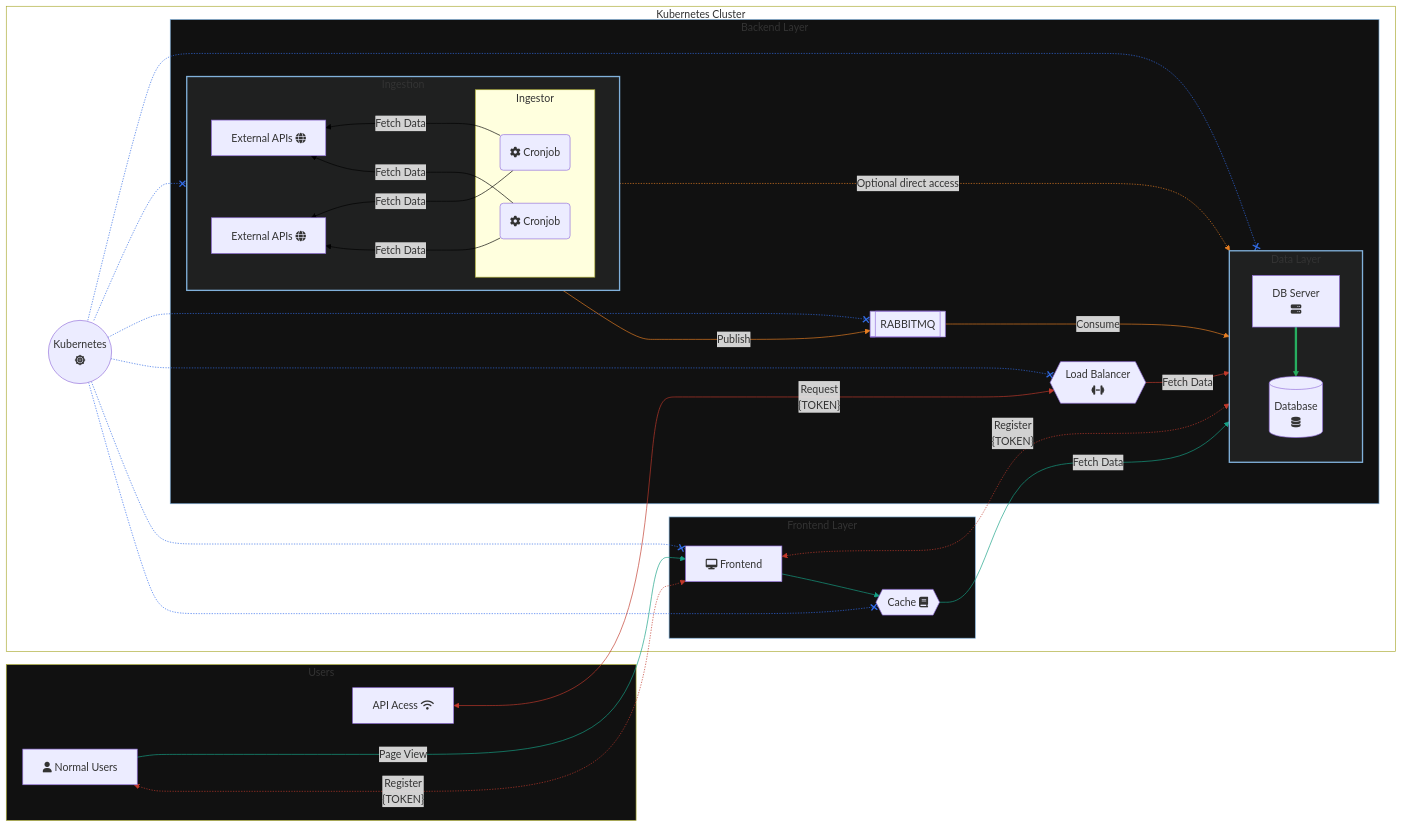
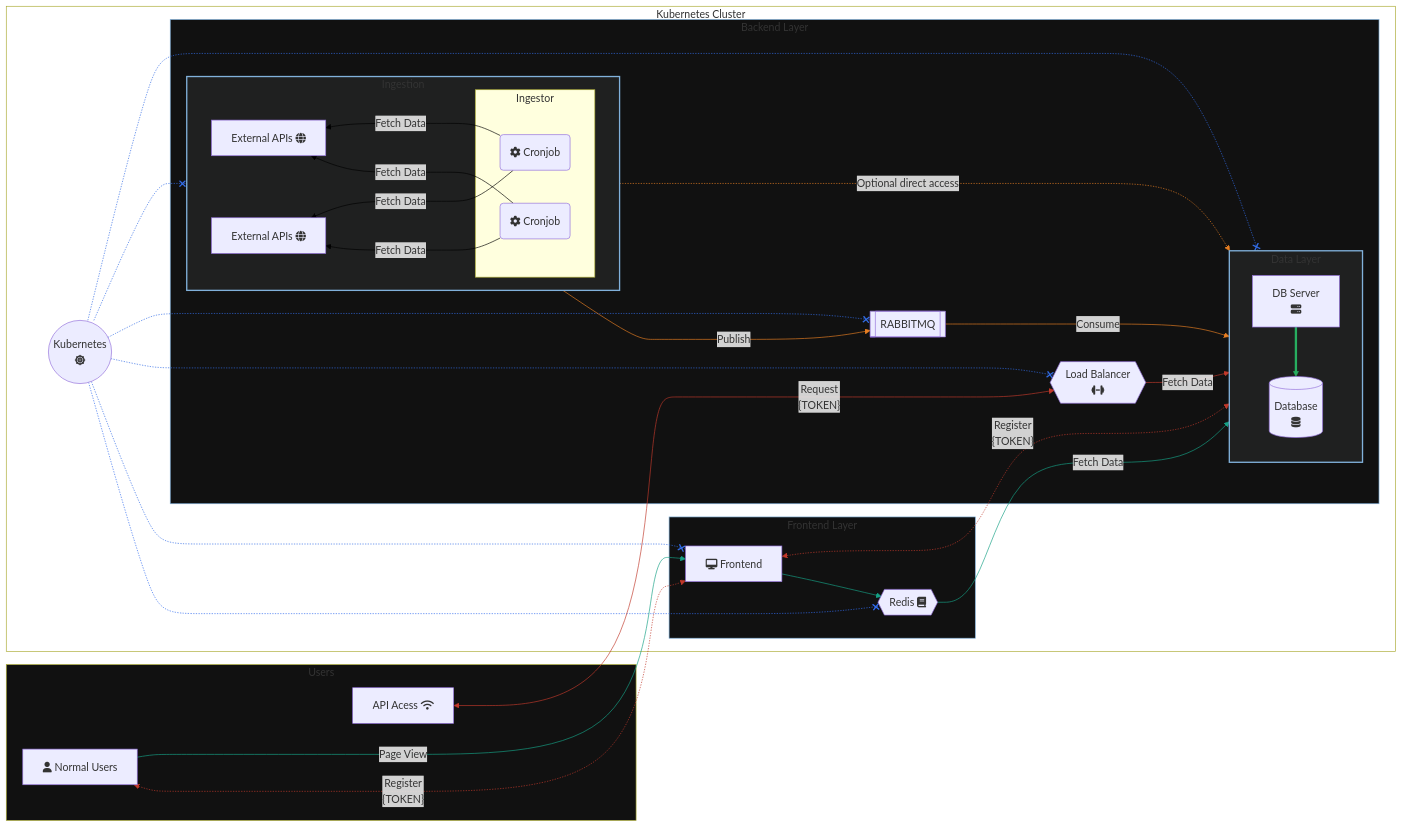
One commit to Hyperclaw79/StocksALot changed the diagram in README.md. Above: the diagram before and after it, drawn with Mermaid. The commit also changed other lines of this file and 59 other files, not shown here.

```diff
--- a/README.md
+++ b/README.md
@@ -127,7 +144,7 @@
         subgraph FE[Frontend Layer]
             style FE fill:#111,stroke:#81B1DB
             F <-.-> |"Register\n{TOKEN}"| data
-            F[fa:fa-desktop Frontend] --> Cache{{Cache fa:fa-book}} --> |Fetch Data| data
+            F[fa:fa-desktop Frontend] --> Cache{{Redis fa:fa-book}} --> |Fetch Data| data
         end
         K -.-x Cache
     end
```
